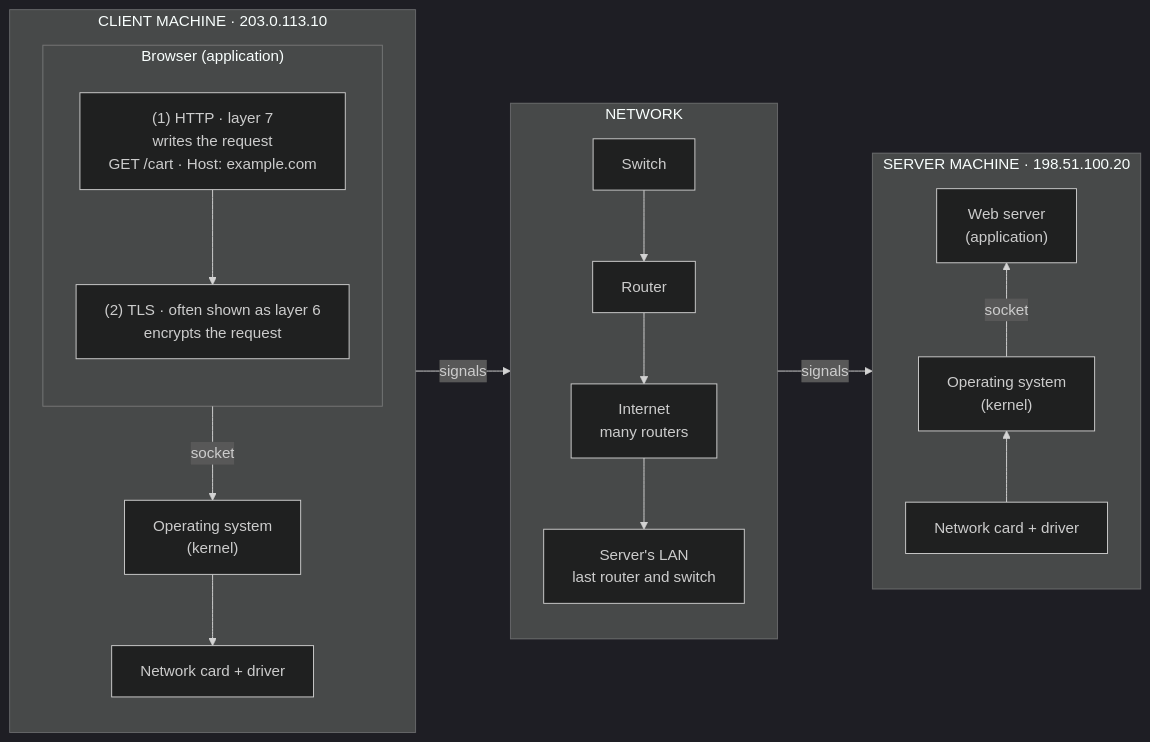
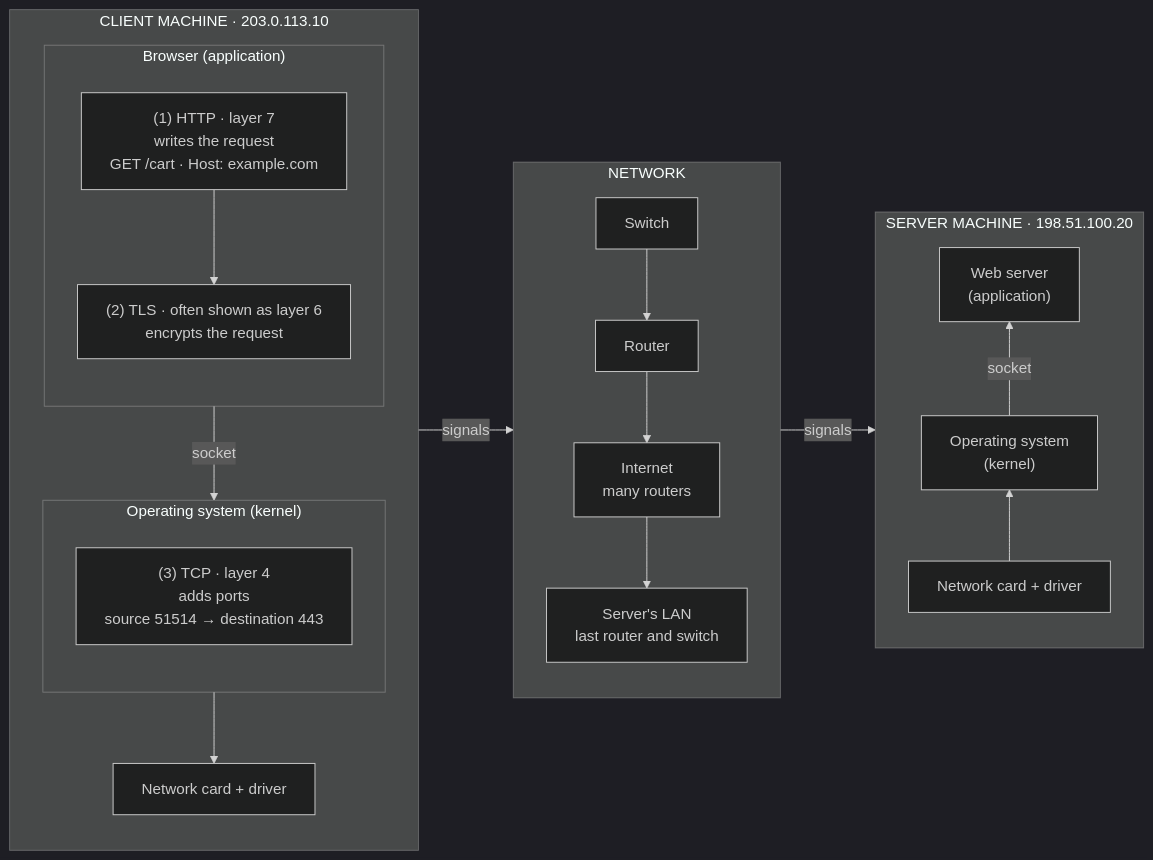
One commit to AndresLopezEsquivel/AWS changed the diagram in topics/networking/networking-fundamentals/https-request-journey.md. Above: the diagram before and after it, drawn with Mermaid (dark theme). The commit also changed other lines of this file and 1 other file, not shown here.

First line of the commit message:
docs(networking): add step 3 (TCP) to the HTTPS request journey

````diff
--- a/topics/networking/networking-fundamentals/https-request-journey.md
+++ b/topics/networking/networking-fundamentals/https-request-journey.md
@@ -17,26 +17,29 @@
 ```mermaid
 %%{init: {"flowchart": {"wrappingWidth": 420}}}%%
 flowchart LR
     subgraph CLIENT ["CLIENT MACHINE · 203.0.113.10"]
         direction TB
         subgraph C_APP ["Browser (application)"]
             direction TB
             J1["(1) HTTP · layer 7<br/>writes the request<br/>GET /cart · Host: example.com"] --> J2["(2) TLS · often shown as layer 6<br/>encrypts the request"]
         end
-        C_OS["Operating system<br/>(kernel)"]
+        subgraph C_OS ["Operating system (kernel)"]
+            direction TB
+            J3["(3) TCP · layer 4<br/>adds ports<br/>source 51514 → destination 443"]
+        end
         C_NIC["Network card + driver"]
         C_APP -- socket --> C_OS --> C_NIC
     end
 
     subgraph NET ["NETWORK"]
         direction TB
         SW["Switch"] --> R1["Router"] --> INET["Internet<br/>many routers"] --> LAN["Server's LAN<br/>last router and switch"]
     end
 
     subgraph SERVER ["SERVER MACHINE · 198.51.100.20"]
         direction BT
         S_NIC["Network card + driver"] --> S_OS["Operating system<br/>(kernel)"] -- socket --> S_APP["Web server<br/>(application)"]
     end
 
     CLIENT -- signals --> NET -- signals --> SERVER
 ```
````
